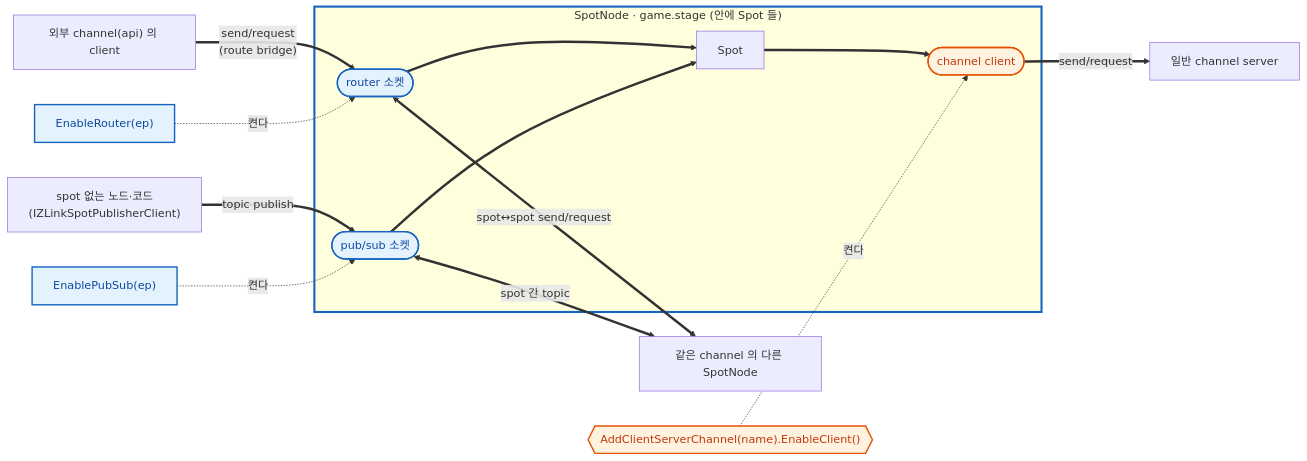
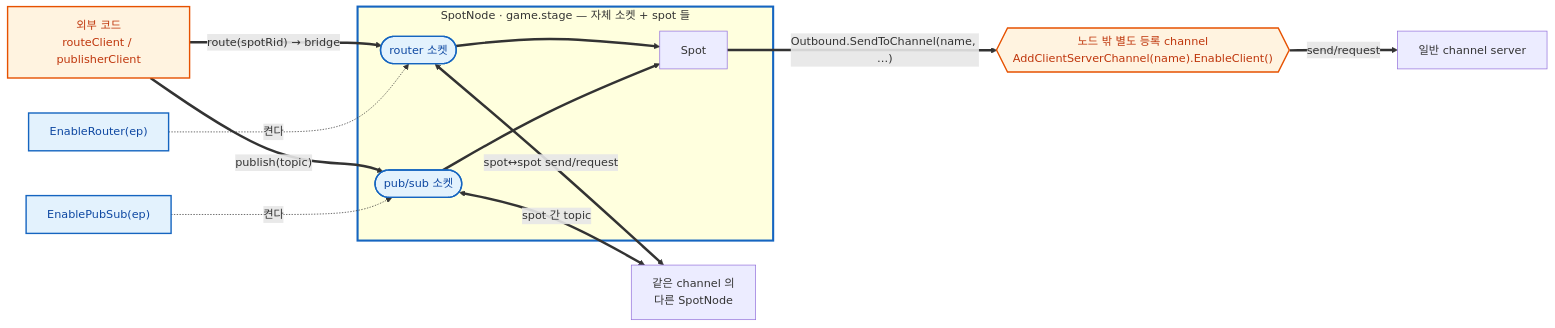
One commit to kairos-code-dev/zlink changed the second of 8 diagrams in framework/doc/framework/dotnet/guide/05-spot.ko.md. Above: the diagram before and after it, drawn with Mermaid. The commit also changed other lines of this file and 429 other files, not shown here.

````diff
--- a/framework/doc/framework/dotnet/guide/05-spot.ko.md
+++ b/framework/doc/framework/dotnet/guide/05-spot.ko.md
@@ -124,30 +135,30 @@
 ```mermaid
 flowchart LR
-  subgraph node["SpotNode · game.stage (안에 Spot 들)"]
+  subgraph node["SpotNode · game.stage — 자체 소켓 + spot 들"]
     rsock(["router 소켓"])
     psock(["pub/sub 소켓"])
     spot["Spot"]
-    csock(["channel client"])
   end
 
   %% 🟦 자기 channel mesh — 같은 channel 의 다른 SpotNode 와
-  peer["같은 channel 의 다른 SpotNode"]
+  peer["같은 channel 의<br/>다른 SpotNode"]
   rsock <==>|"spot↔spot send/request"| peer
   psock <==>|"spot 간 topic"| peer
 
-  %% 🟧 다른 channel·외부 client 와 잇기
-  api["외부 channel(api) 의 client"] ==>|"send/request<br/>(route bridge)"| rsock ==> spot
-  publess["spot 없는 노드·코드<br/>(IZLinkSpotPublisherClient)"] ==>|"topic publish"| psock ==> spot
-  spot ==> csock ==>|"send/request"| svc["일반 channel server"]
+  %% 외부 → spot : 이 노드의 router/pub 소켓으로 들어온다
+  ext["외부 코드<br/>routeClient / publisherClient"]
+  ext ==>|"route(spotRid) → bridge"| rsock ==> spot
+  ext ==>|"publish(topic)"| psock ==> spot
 
-  %% 어떤 함수가 무엇을 켜나
+  %% spot → 외부 channel : 노드 밖에 따로 등록한 channel 을 이름으로 호출
+  spot ==>|"Outbound.SendToChannel(name, …)"| chan{{"노드 밖 별도 등록 channel<br/>AddClientServerChannel(name).EnableClient()"}} ==>|"send/request"| svc["일반 channel server"]
+
   fRouter["EnableRouter(ep)"] -. 켠다 .-> rsock
   fPubSub["EnablePubSub(ep)"] -. 켠다 .-> psock
-  fClient{{"AddClientServerChannel(name).EnableClient()"}} -. 켠다 .-> csock
 
   classDef ownMesh fill:#e3f2fd,stroke:#1565c0,stroke-width:2px,color:#0d47a1;
-  classDef bridge fill:#fff3e0,stroke:#e65100,stroke-width:2px,color:#bf360c;
+  classDef ext fill:#fff3e0,stroke:#e65100,stroke-width:2px,color:#bf360c;
   class fRouter,fPubSub,rsock,psock ownMesh;
-  class fClient,csock bridge;
+  class chan,ext ext;
   style node stroke:#1565c0,stroke-width:3px
 ```
````
